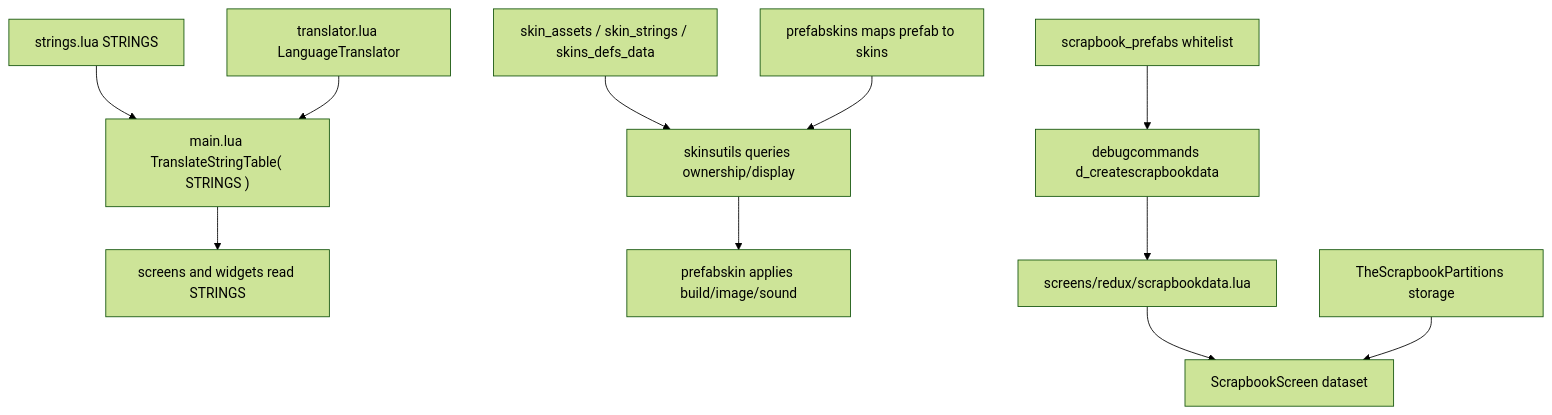
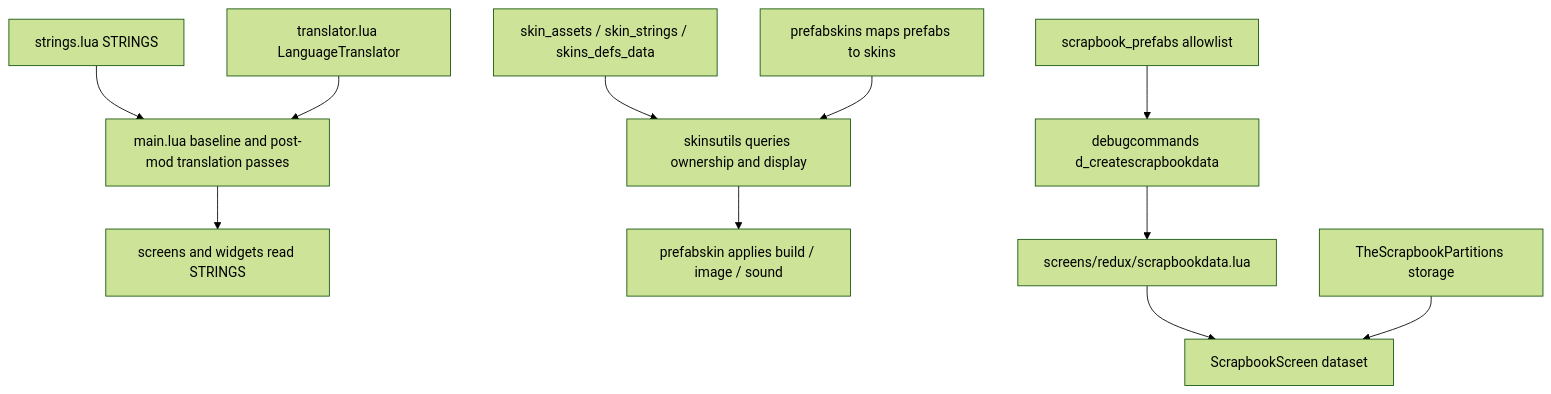
Before and after one commit to LetsStarveTogether/dst-server: the diagram in dst-scripts/index/0x7000-frontend-data-tools/0x7200-data-media-tools/0x7202-localization-skins-scrapbook.md, drawn with Mermaid (forest theme). The commit also changed other lines of this file and 83 other files, not shown here.

```diff
--- a/dst-scripts/index/0x7000-frontend-data-tools/0x7200-data-media-tools/0x7202-localization-skins-scrapbook.md
+++ b/dst-scripts/index/0x7000-frontend-data-tools/0x7200-data-media-tools/0x7202-localization-skins-scrapbook.md
@@ -51,21 +51,21 @@
 ~~~mermaid
 flowchart TD
     A["strings.lua STRINGS"]
     B["translator.lua LanguageTranslator"]
-    A --> C["main.lua TranslateStringTable( STRINGS )"]
+    A --> C["main.lua baseline and post-mod translation passes"]
     B --> C
     C --> D["screens and widgets read STRINGS"]
     E["skin_assets / skin_strings / skins_defs_data"]
-    F["prefabskins maps prefab to skins"]
-    G["skinsutils queries ownership/display"]
-    H["prefabskin applies build/image/sound"]
+    F["prefabskins maps prefabs to skins"]
+    G["skinsutils queries ownership and display"]
+    H["prefabskin applies build / image / sound"]
     E --> G
     F --> G
     G --> H
-    I["scrapbook_prefabs whitelist"]
+    I["scrapbook_prefabs allowlist"]
     I --> J["debugcommands d_createscrapbookdata"]
     J --> K["screens/redux/scrapbookdata.lua"]
     K --> L["ScrapbookScreen dataset"]
     M["TheScrapbookPartitions storage"]
     M --> L
 ~~~
```
